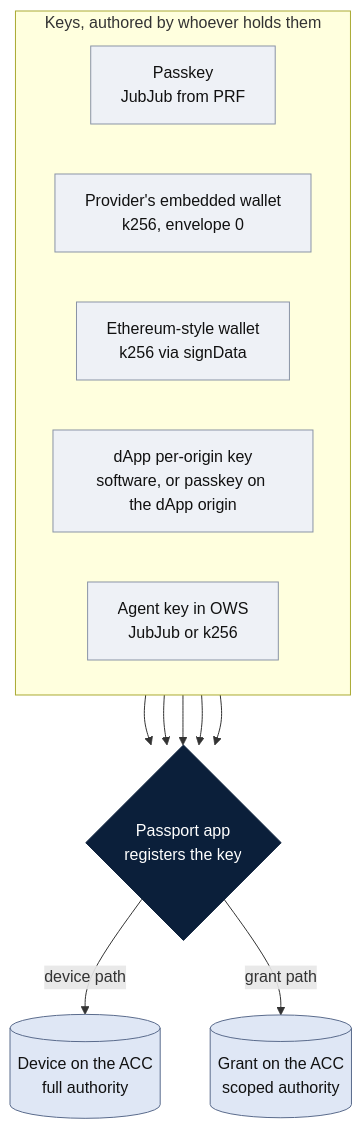
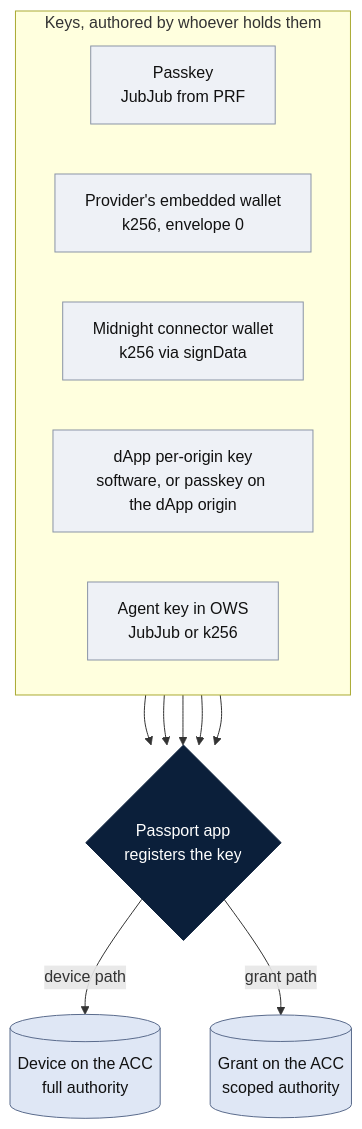
Before and after one commit to midnightntwrk/midnight-passport-sdk: the second of 4 diagrams in docs/proposals/2026-09-25-sdk-realignment.md, drawn with Mermaid. The commit also changed other lines of this file and 1 other file, not shown here.

First line of the commit message:
docs: add SDK deliverables, the DID, and wallet envelopes to the proposal

````diff
--- a/docs/proposals/2026-09-25-sdk-realignment.md
+++ b/docs/proposals/2026-09-25-sdk-realignment.md
@@ -217,29 +217,29 @@
 ```mermaid
 flowchart TB
     subgraph authored[Keys, authored by whoever holds them]
         direction LR
         PK[Passkey<br/>JubJub from PRF]
         PV[Provider's embedded wallet<br/>k256, envelope 0]
-        EW[Ethereum-style wallet<br/>k256 via signData]
+        EW[Midnight connector wallet<br/>k256 via signData]
         DK[dApp per-origin key<br/>software, or passkey on the dApp origin]
         OK[Agent key in OWS<br/>JubJub or k256]
     end
     APP{Passport app<br/>registers the key}
     DEV[(Device on the ACC<br/>full authority)]
     GR[(Grant on the ACC<br/>scoped authority)]
 
     PK --> APP
     PV --> APP
     EW --> APP
     DK --> APP
     OK --> APP
     APP -->|device path| DEV
     APP -->|grant path| GR
 
     classDef key fill:#eef1f6,color:#111111,stroke:#8a94a6
     classDef gate fill:#0b1f3a,color:#ffffff,stroke:#0b1f3a
     classDef store fill:#dfe7f5,color:#111111,stroke:#5a6b8c
     class PK,PV,EW,DK,OK key
     class APP gate
     class DEV,GR store
 ```
````
